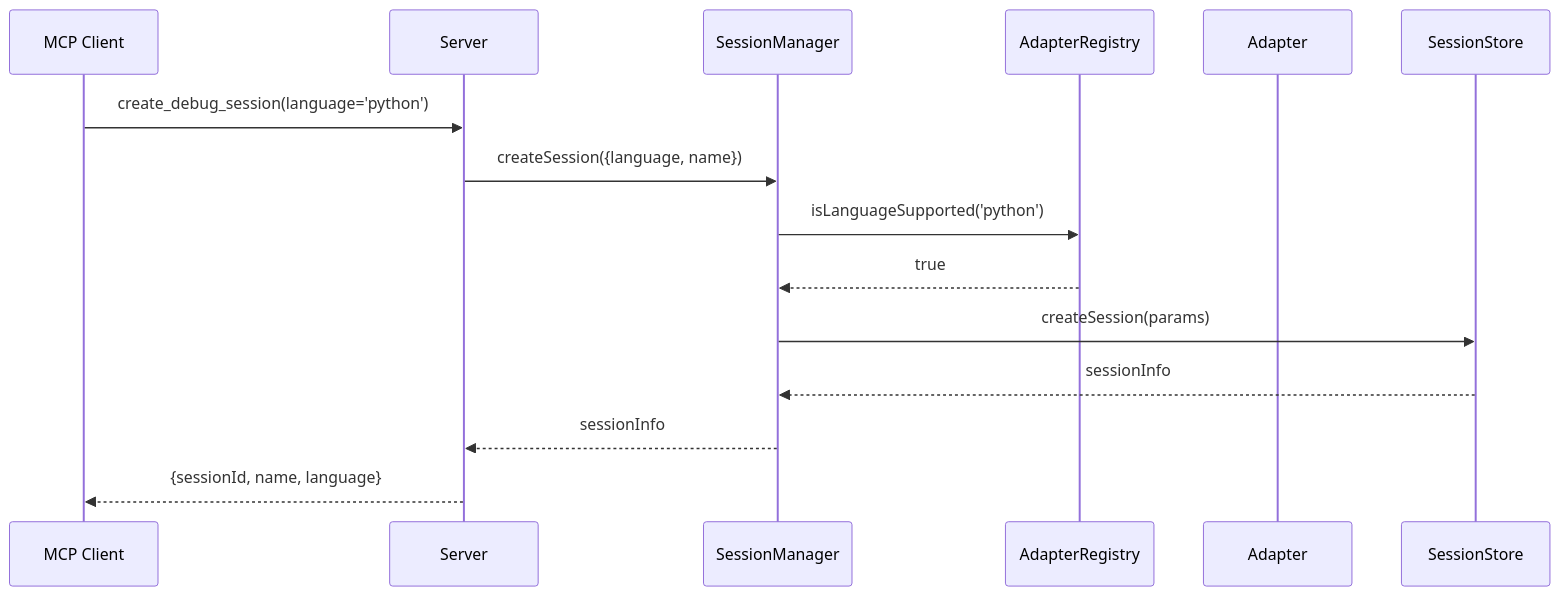
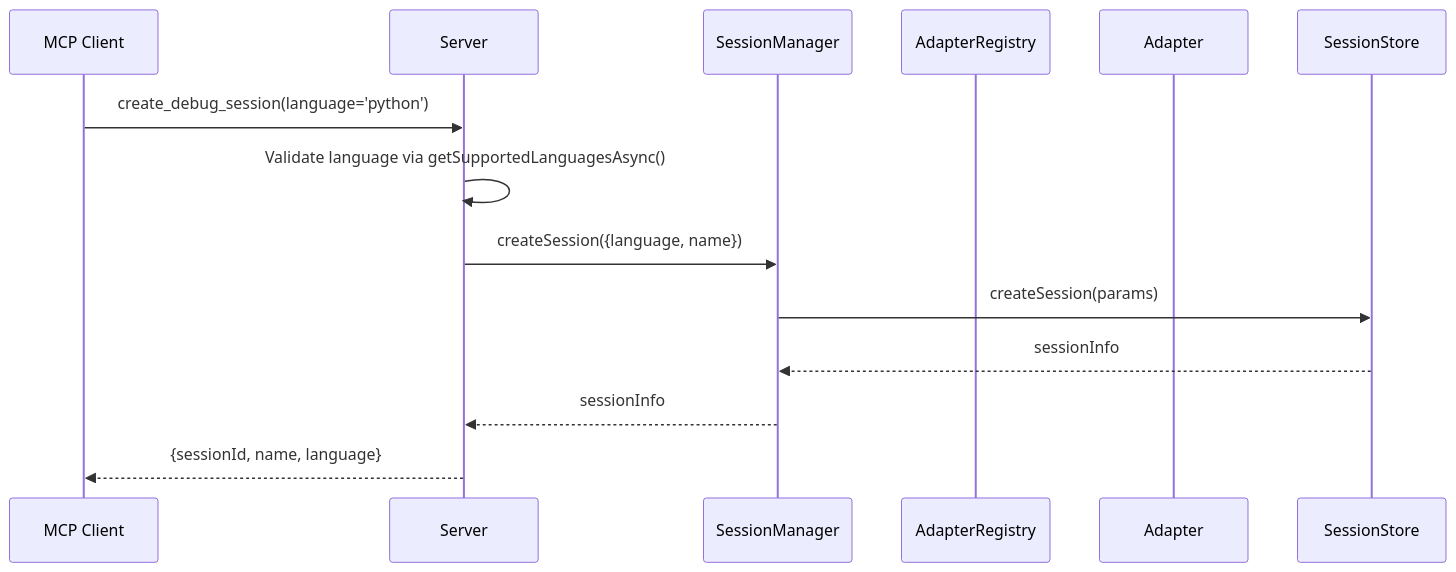
One commit to debugmcp/mcp-debugger changed the second of 4 diagrams in docs/architecture/adapter-pattern-design.md. Above: the diagram before and after it, drawn with Mermaid. The commit also changed other lines of this file and 48 other files, not shown here.

````diff
--- a/docs/architecture/adapter-pattern-design.md
+++ b/docs/architecture/adapter-pattern-design.md
@@ -184,18 +184,17 @@
 ```mermaid
 sequenceDiagram
     participant C as MCP Client
     participant S as Server
     participant SM as SessionManager
     participant AR as AdapterRegistry
     participant A as Adapter
     participant SS as SessionStore
     
     C->>S: create_debug_session(language='python')
+    S->>S: Validate language via getSupportedLanguagesAsync()
     S->>SM: createSession({language, name})
-    SM->>AR: isLanguageSupported('python')
-    AR-->>SM: true
     SM->>SS: createSession(params)
     SS-->>SM: sessionInfo
     SM-->>S: sessionInfo
     S-->>C: {sessionId, name, language}
 ```
````
